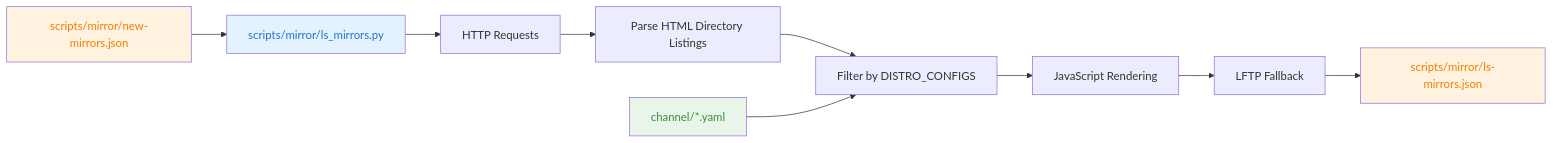
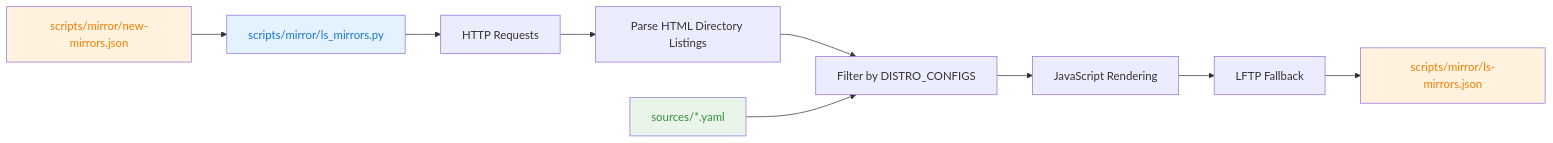
The third of 6 diagrams in scripts/mirror/usage.md (xiaobingling93-pixel/openeuler-epkg), drawn with Mermaid before and after one commit. The commit also changed other lines of this file and 49 other files, not shown here.

Commit message:
Rename channel/ to sources/

````diff
--- a/scripts/mirror/usage.md
+++ b/scripts/mirror/usage.md
@@ -173,17 +173,17 @@
 ```mermaid
 graph LR
     A[scripts/mirror/new-mirrors.json] --> B[scripts/mirror/ls_mirrors.py]
     B --> C[HTTP Requests]
     C --> D[Parse HTML Directory Listings]
     D --> E[Filter by DISTRO_CONFIGS]
     E --> F[JavaScript Rendering]
     F --> G[LFTP Fallback]
     G --> H[scripts/mirror/ls-mirrors.json]
 
-    I[channel/*.yaml] --> E
+    I[sources/*.yaml] --> E
 
     style B fill:#e3f2fd,color:#1976d2
     style A fill:#fff3e0,color:#f57c00
     style H fill:#fff3e0,color:#f57c00
     style I fill:#e8f5e8,color:#388e3c
 ```
````
